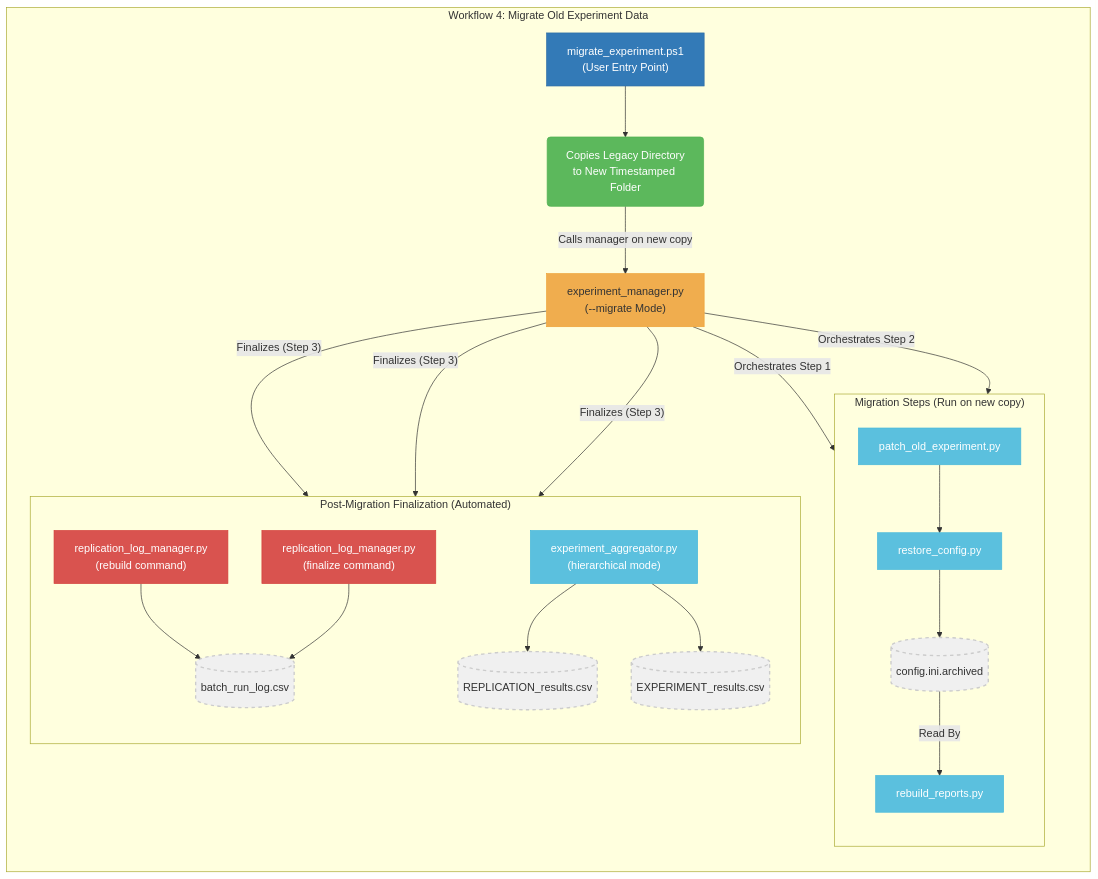
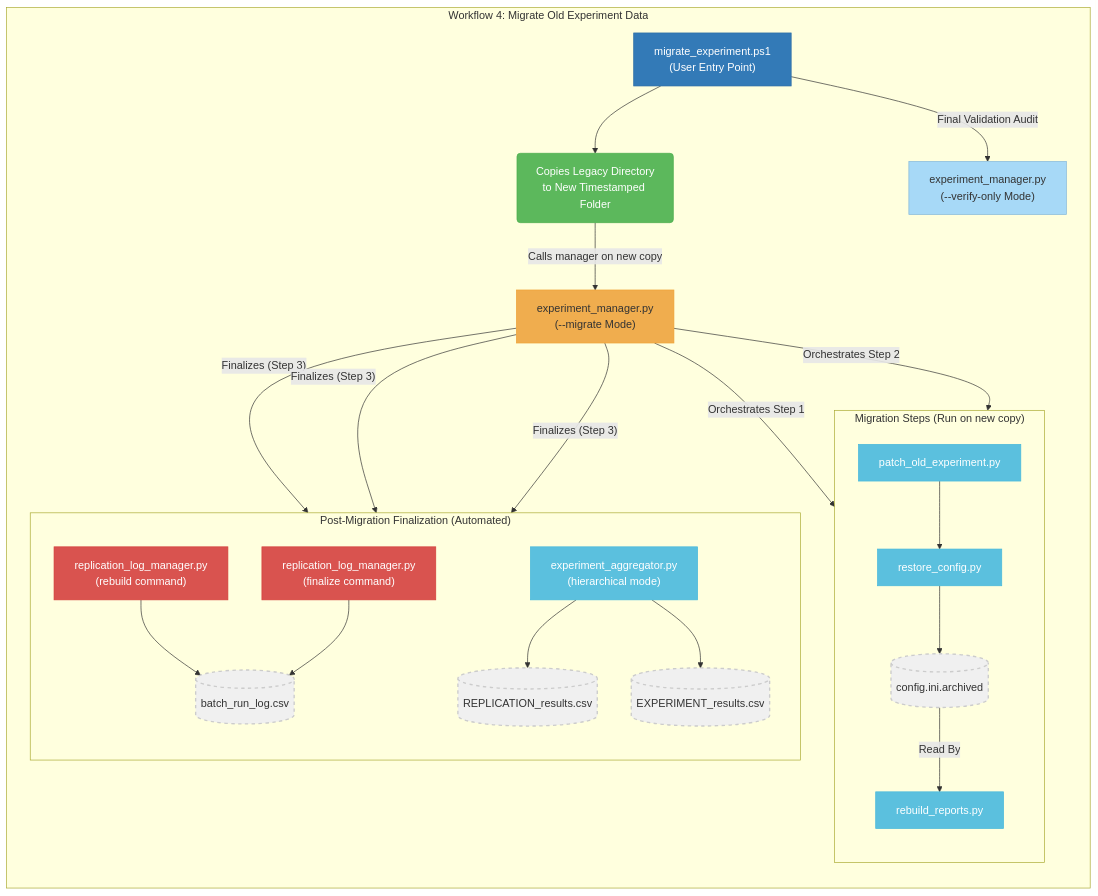
Before and after one commit to peterjmarko/llm-narrative-framework: the diagram in docs/diagrams/architecture_workflow_4_migrate_data.mmd, drawn with Mermaid. The commit also changed 7 other files, not shown here.

```diff
--- a/docs/diagrams/architecture_workflow_4_migrate_data.mmd
+++ b/docs/diagrams/architecture_workflow_4_migrate_data.mmd
@@ -1,67 +1,71 @@
 graph TD
     %% 1. Define all nodes first
     EntryPointPS["migrate_experiment.ps1<br/>(User Entry Point)"]:::entry_ps
     CopyStep("Copies Legacy Directory<br/>to New Timestamped Folder"):::action
     EntryPointPy["experiment_manager.py<br/>(--migrate Mode)"]:::entry_py
     
     PatchOld["patch_old_experiment.py"]:::script
     RestoreConfig["restore_config.py"]:::script
     ArchivedConfig[("config.ini.archived")]:::artifact
     RebuildReports["rebuild_reports.py"]:::script
     
     LogManagerRebuild["replication_log_manager.py<br/>(rebuild command)"]:::danger
     BatchRunLog[("batch_run_log.csv")]:::artifact
     Aggregator["experiment_aggregator.py<br/>(hierarchical mode)"]:::script
     ReplResults[("REPLICATION_results.csv")]:::artifact
     ExpResults[("EXPERIMENT_results.csv")]:::artifact
     LogManagerFinalize["replication_log_manager.py<br/>(finalize command)"]:::danger
+    FinalAudit["experiment_manager.py<br/>(--verify-only Mode)"]:::script_audit
 
     %% 2. Define connections
     EntryPointPS --> CopyStep
     CopyStep -- "Calls manager on new copy" --> EntryPointPy
     
     EntryPointPy -- "Orchestrates Step 1" --> PatchOld
     PatchOld --> RestoreConfig
     RestoreConfig --> ArchivedConfig
     ArchivedConfig -- "Read By" --> RebuildReports
     EntryPointPy -- "Orchestrates Step 2" --> RebuildReports
     
     EntryPointPy -- "Finalizes (Step 3)" --> LogManagerRebuild
     LogManagerRebuild --> BatchRunLog
     EntryPointPy -- "Finalizes (Step 3)" --> Aggregator
     Aggregator --> ReplResults
     Aggregator --> ExpResults
     EntryPointPy -- "Finalizes (Step 3)" --> LogManagerFinalize
     LogManagerFinalize --> BatchRunLog
+    EntryPointPS -- "Final Validation Audit" --> FinalAudit
 
     %% 3. Group nodes into subgraphs
     subgraph "Workflow 4: Migrate Old Experiment Data"
         direction TB
         EntryPointPS
         CopyStep
         EntryPointPy
         subgraph "Migration Steps (Run on new copy)"
             direction TB
             PatchOld
             RestoreConfig
             ArchivedConfig
             RebuildReports
         end
         subgraph "Post-Migration Finalization (Automated)"
             direction TB
             LogManagerRebuild
             BatchRunLog
             Aggregator
             ReplResults
             ExpResults
             LogManagerFinalize
         end
+        FinalAudit
     end
 
     %% 4. Styling
     classDef entry_ps fill:#337ab7,stroke:#2e6da4,color:#fff;
     classDef action fill:#5cb85c,stroke:#4cae4c,color:#fff;
     classDef entry_py fill:#f0ad4e,stroke:#eea236,color:#333;
     classDef script fill:#5bc0de,stroke:#46b8da,color:#fff;
     classDef danger fill:#d9534f,stroke:#d43f3a,color:#fff;
     classDef artifact fill:#f0f0f0,stroke:#ccc,stroke-width:2px,stroke-dasharray: 5 5;
+    classDef script_audit fill:#a7d9f7,stroke:#85b8d9,color:#333;
```
